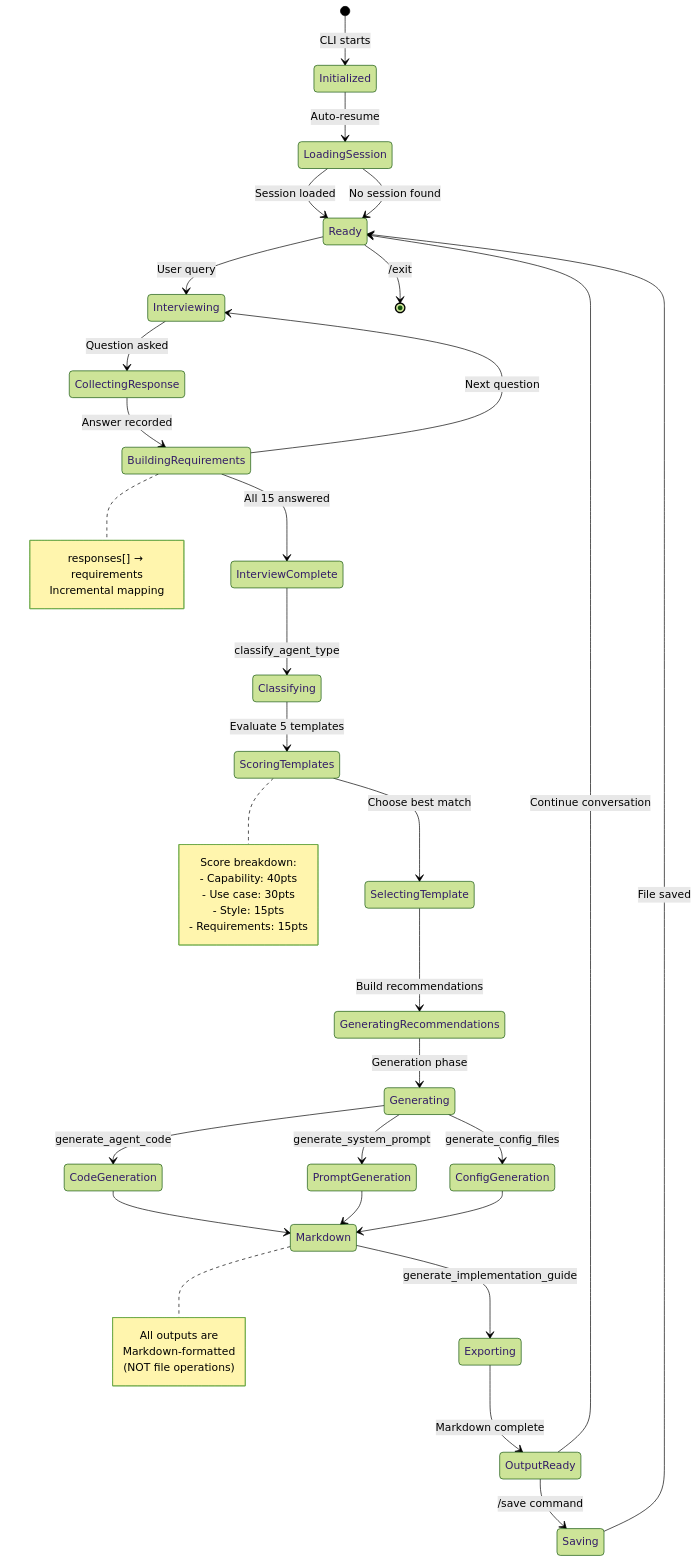
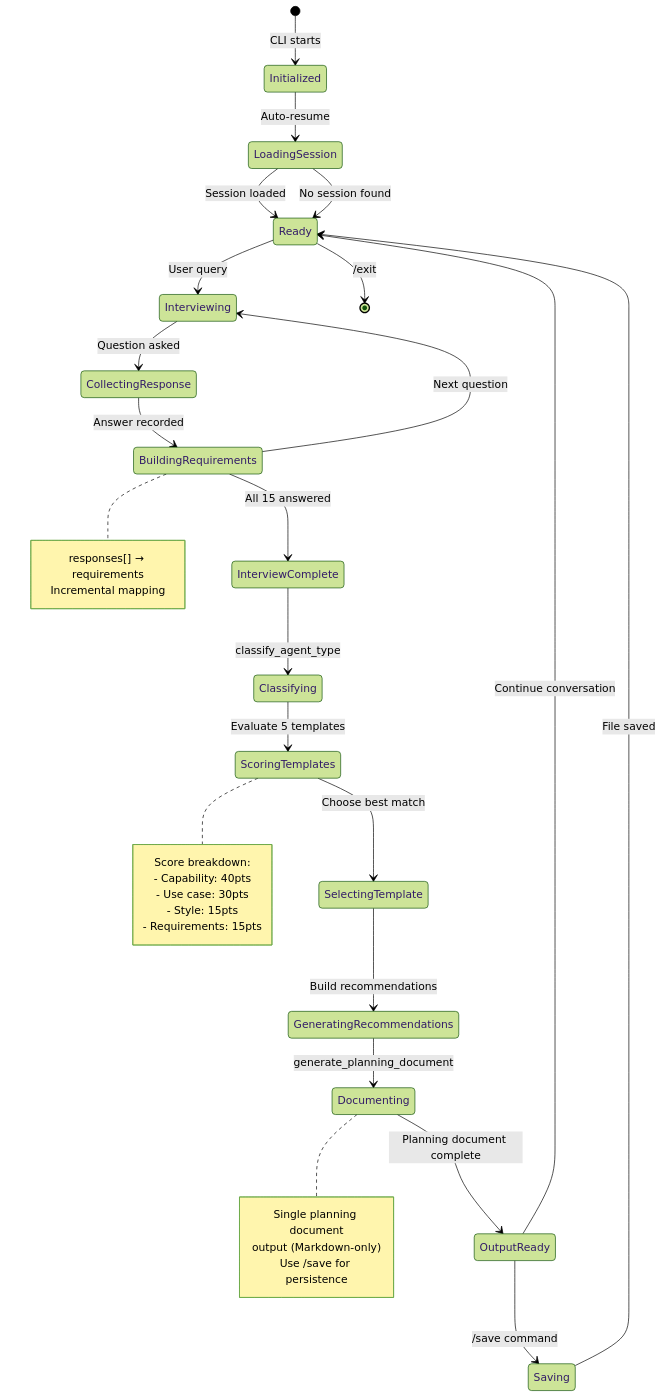
Before and after one commit to AmbitiousRealism2025/Agent-Advisor-MiniMax: the diagram in stateDiagram-v2.mmd, drawn with Mermaid (forest theme). The commit also changed 4 other files, not shown here.

First line of the commit message:
Align documentation and code with documentation-only workflow

```diff
--- a/stateDiagram-v2.mmd
+++ b/stateDiagram-v2.mmd
@@ -1,53 +1,44 @@
 stateDiagram-v2
     [*] --> Initialized: CLI starts
     Initialized --> LoadingSession: Auto-resume
     LoadingSession --> Ready: Session loaded
     LoadingSession --> Ready: No session found
 
     Ready --> Interviewing: User query
     Interviewing --> CollectingResponse: Question asked
     CollectingResponse --> BuildingRequirements: Answer recorded
     BuildingRequirements --> Interviewing: Next question
     BuildingRequirements --> InterviewComplete: All 15 answered
 
     InterviewComplete --> Classifying: classify_agent_type
     Classifying --> ScoringTemplates: Evaluate 5 templates
     ScoringTemplates --> SelectingTemplate: Choose best match
     SelectingTemplate --> GeneratingRecommendations: Build recommendations
 
-    GeneratingRecommendations --> Generating: Generation phase
-    Generating --> CodeGeneration: generate_agent_code
-    Generating --> PromptGeneration: generate_system_prompt
-    Generating --> ConfigGeneration: generate_config_files
-
-    CodeGeneration --> Markdown
-    PromptGeneration --> Markdown
-    ConfigGeneration --> Markdown
-
-    Markdown --> Exporting: generate_implementation_guide
-    Exporting --> OutputReady: Markdown complete
+    GeneratingRecommendations --> Documenting: generate_planning_document
+    Documenting --> OutputReady: Planning document complete
 
     OutputReady --> Saving: /save command
     Saving --> Ready: File saved
 
     OutputReady --> Ready: Continue conversation
     Ready --> [*]: /exit
 
     note right of BuildingRequirements
         responses[] → requirements
         Incremental mapping
     end note
 
     note right of ScoringTemplates
         Score breakdown:
         - Capability: 40pts
         - Use case: 30pts
         - Style: 15pts
         - Requirements: 15pts
     end note
 
-    note right of Markdown
-        All outputs are
-        Markdown-formatted
-        (NOT file operations)
+    note right of Documenting
+        Single planning document
+        output (Markdown-only)
+        Use /save for persistence
     end note
```
